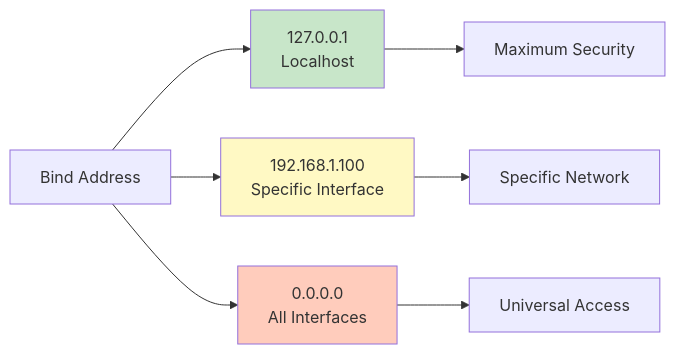
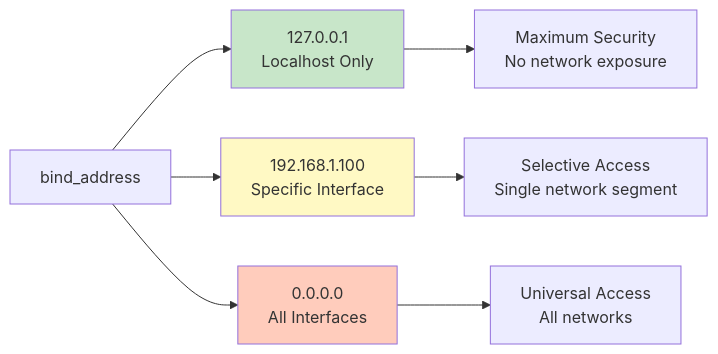
The second of 2 diagrams in docs/user-guide/HTTP-HTTPS-CONFIGURATION.md (senhub-io/senhub-agent), drawn with Mermaid before and after one commit. The commit also changed other lines of this file and 7 other files, not shown here.

````diff
--- a/docs/user-guide/HTTP-HTTPS-CONFIGURATION.md
+++ b/docs/user-guide/HTTP-HTTPS-CONFIGURATION.md
@@ -162,14 +332,14 @@
 ```mermaid
 graph LR
-    A[Bind Address] --> B[127.0.0.1<br/>Localhost]
+    A[bind_address] --> B[127.0.0.1<br/>Localhost Only]
     A --> C[192.168.1.100<br/>Specific Interface]
     A --> D[0.0.0.0<br/>All Interfaces]
 
-    B --> B1[Maximum Security]
-    C --> C1[Specific Network]
-    D --> D1[Universal Access]
+    B --> B1[Maximum Security<br/>No network exposure]
+    C --> C1[Selective Access<br/>Single network segment]
+    D --> D1[Universal Access<br/>All networks]
 
     style B fill:#c8e6c9
     style C fill:#fff9c4
     style D fill:#ffccbc
 ```
````
